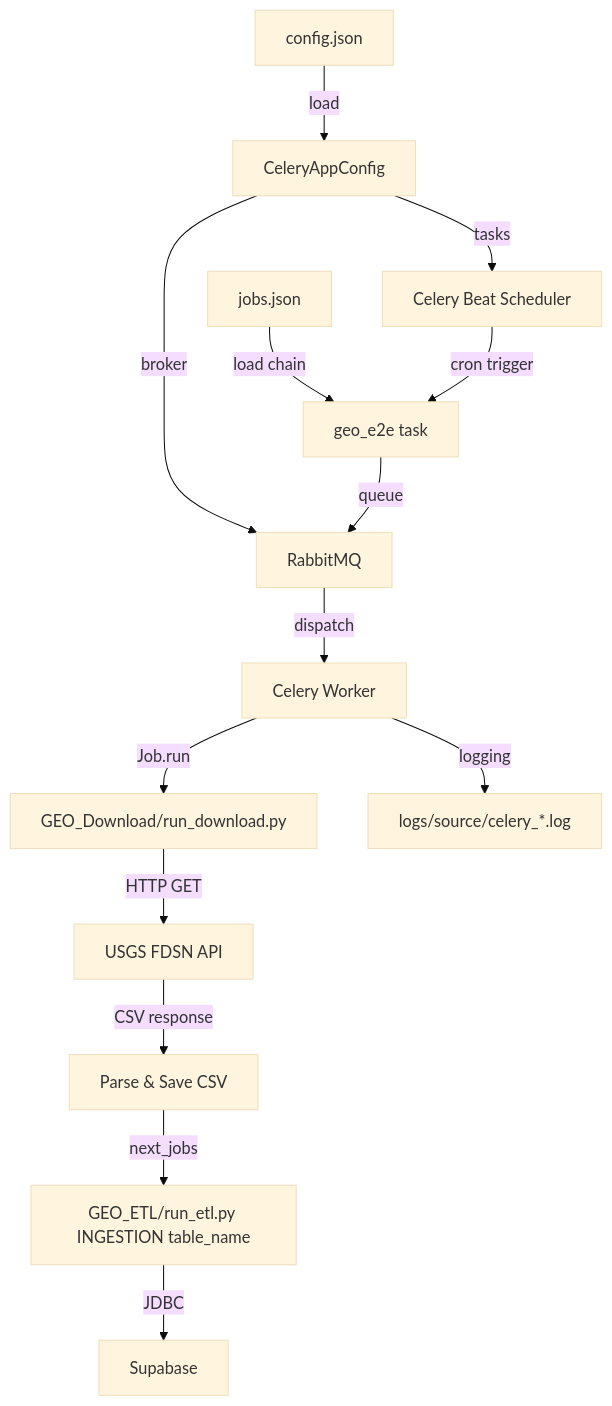
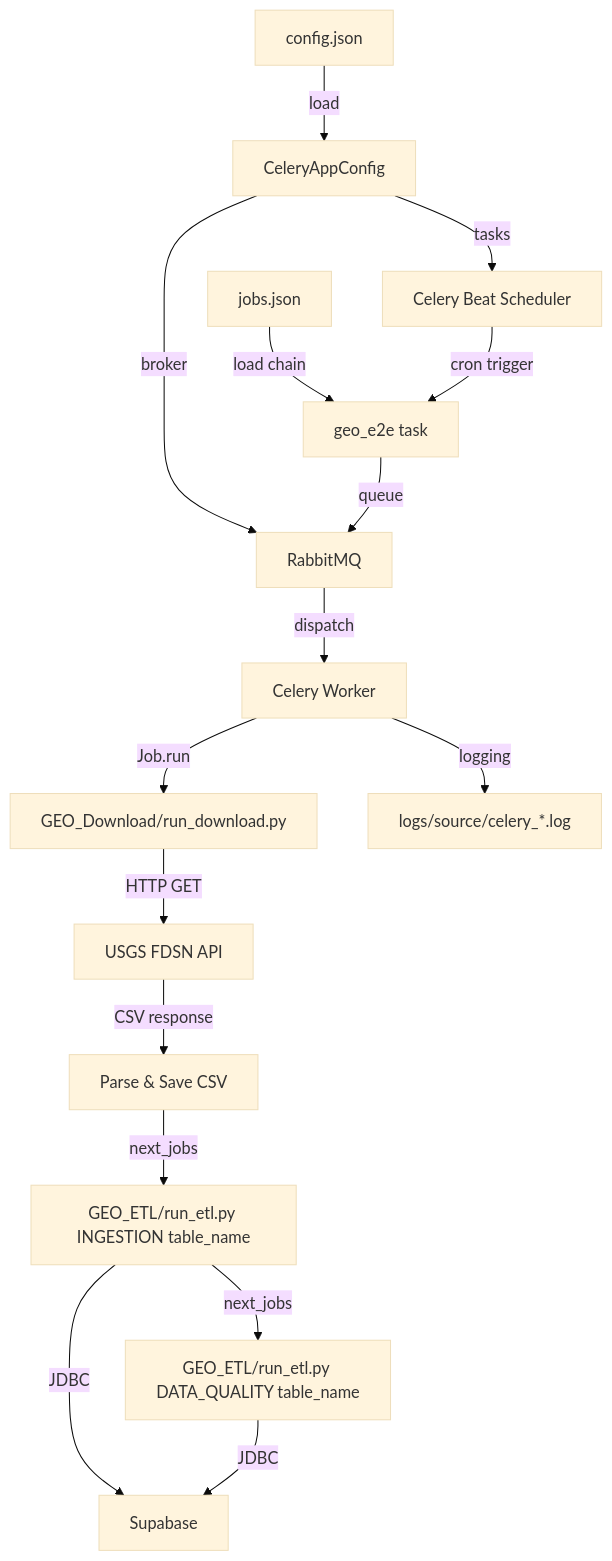
Before and after one commit to kaluzny1995/GEO_E2E: the diagram in README.md, drawn with Mermaid (base theme). The commit also changed other lines of this file and 10 other files, not shown here.

Commit message:
DATA_QUALITY job introduction

````diff
--- a/README.md
+++ b/README.md
@@ -30,16 +30,18 @@
 ```mermaid
 flowchart TD
     A[config.json] -->|load| B[CeleryAppConfig]
     J2[jobs.json] -->|load chain| E
     B -->|broker| C[RabbitMQ]
     B -->|tasks| D[Celery Beat Scheduler]
     D -->|cron trigger| E[geo_e2e task]
     E -->|queue| C
     C -->|dispatch| F[Celery Worker]
     F -->|Job.run| G[GEO_Download/run_download.py]
     G -->|HTTP GET| H[USGS FDSN API]
     H -->|CSV response| I[Parse & Save CSV]
     I -->|next_jobs| K[GEO_ETL/run_etl.py INGESTION table_name]
     K -->|JDBC| L[Supabase]
+    K -->|next_jobs| M[GEO_ETL/run_etl.py DATA_QUALITY table_name]
+    M -->|JDBC| L
     F -->|logging| J[logs/source/celery_*.log]
 ```
````
